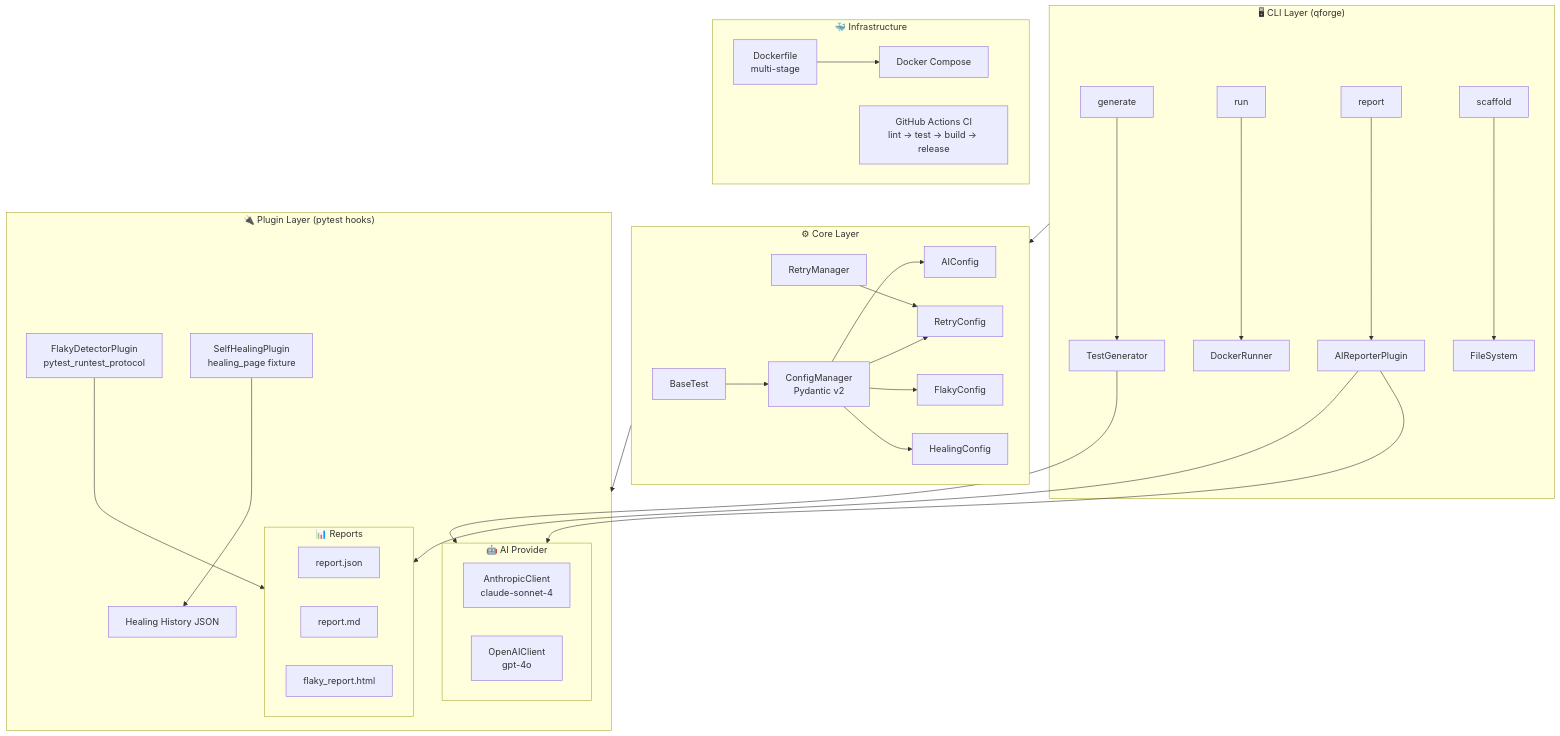
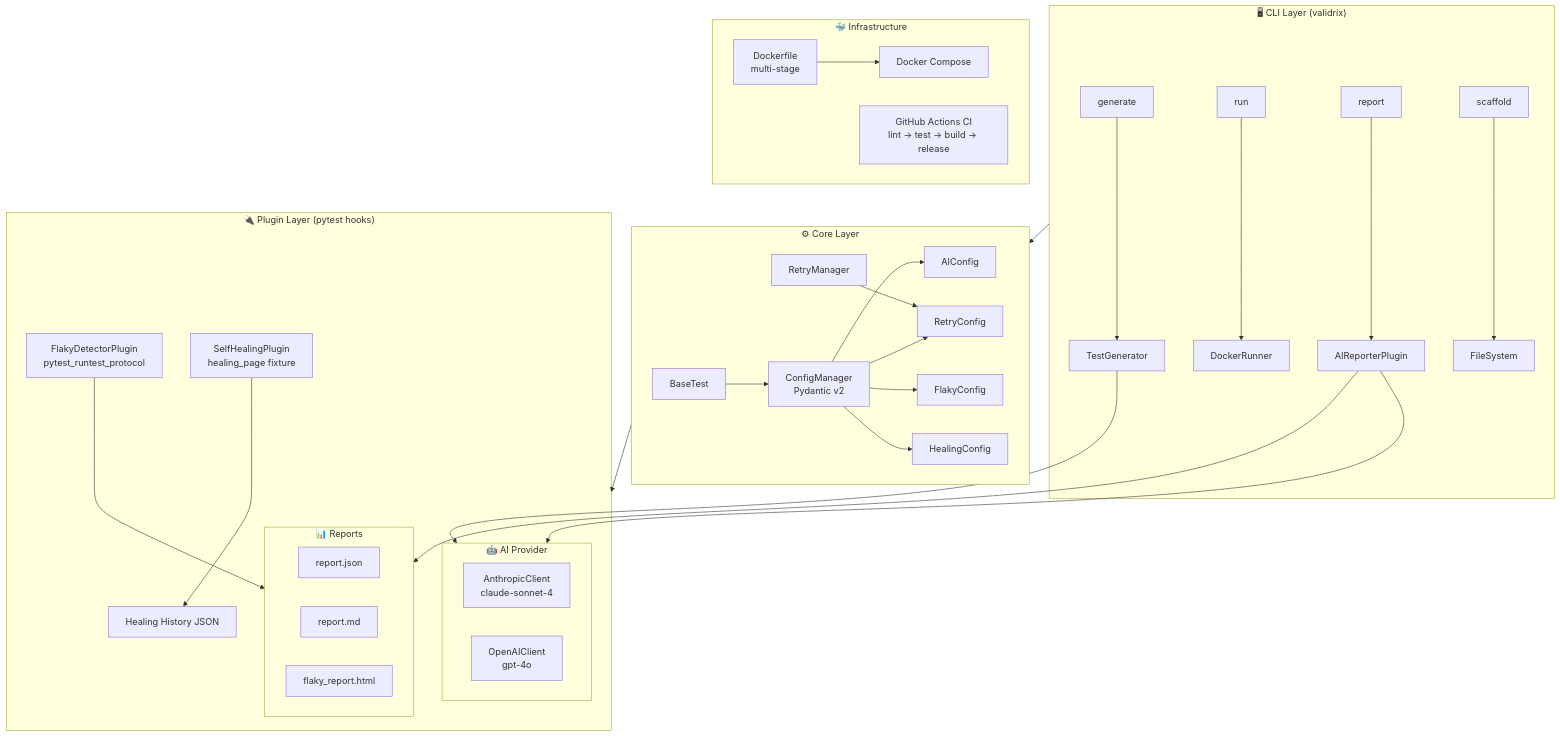
One commit to mehedi-kme08/validrix changed the diagram in README.md. Above: the diagram before and after it, drawn with Mermaid. The commit also changed other lines of this file and 6 other files, not shown here.

First line of the commit message:
refactor: rename CLI command from qforge to validrix

````diff
--- a/README.md
+++ b/README.md
@@ -199,45 +199,45 @@
 ```mermaid
 graph TB
-    subgraph CLI["🖥 CLI Layer (qforge)"]
+    subgraph CLI["🖥 CLI Layer (validrix)"]
         G[generate] --> TG[TestGenerator]
         R[run] --> DR[DockerRunner]
         RP[report] --> AR[AIReporterPlugin]
         SC[scaffold] --> FS[FileSystem]
     end
 
     subgraph Core["⚙ Core Layer"]
         CM[ConfigManager<br/>Pydantic v2] --> AI[AIConfig]
         CM --> RC[RetryConfig]
         CM --> FC[FlakyConfig]
         CM --> HC[HealingConfig]
         BT[BaseTest] --> CM
         RM[RetryManager] --> RC
     end
 
     subgraph Plugins["🔌 Plugin Layer (pytest hooks)"]
         TG --> LLM
         AR --> LLM
         FD[FlakyDetectorPlugin<br/>pytest_runtest_protocol] --> Reports
         SH[SelfHealingPlugin<br/>healing_page fixture] --> HH[Healing History JSON]
         AR --> Reports
     end
 
     subgraph LLM["🤖 AI Provider"]
         AC[AnthropicClient<br/>claude-sonnet-4] 
         OC[OpenAIClient<br/>gpt-4o]
     end
 
     subgraph Reports["📊 Reports"]
         JSON[report.json]
         MD[report.md]
         HTML[flaky_report.html]
     end
 
     subgraph Infra["🐳 Infrastructure"]
         DF[Dockerfile<br/>multi-stage] --> DK[Docker Compose]
         GH[GitHub Actions CI<br/>lint → test → build → release]
     end
 
     Core --> Plugins
     CLI --> Core
 ```
````
